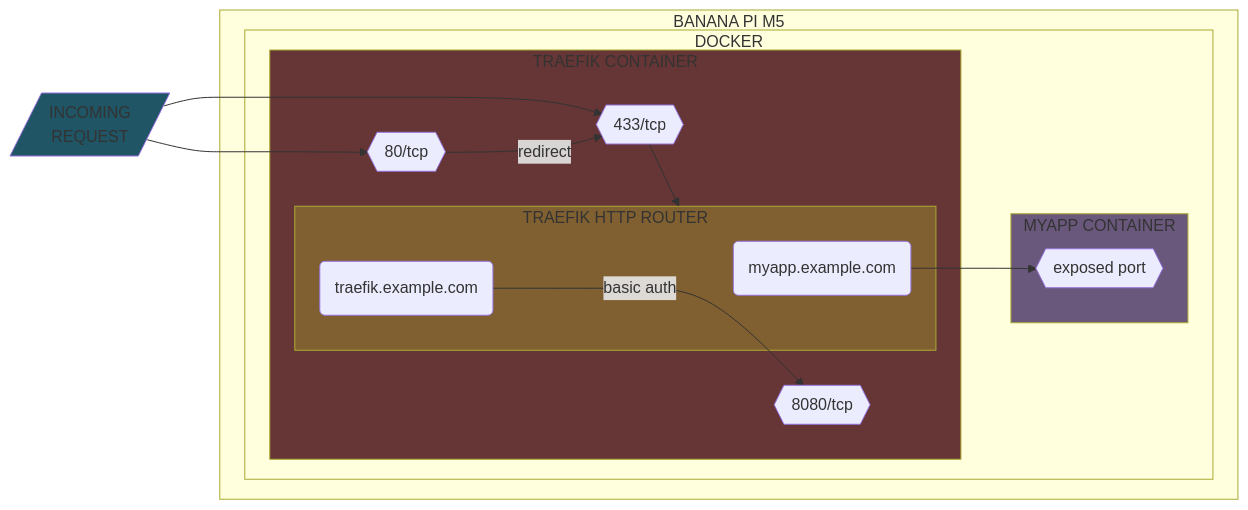
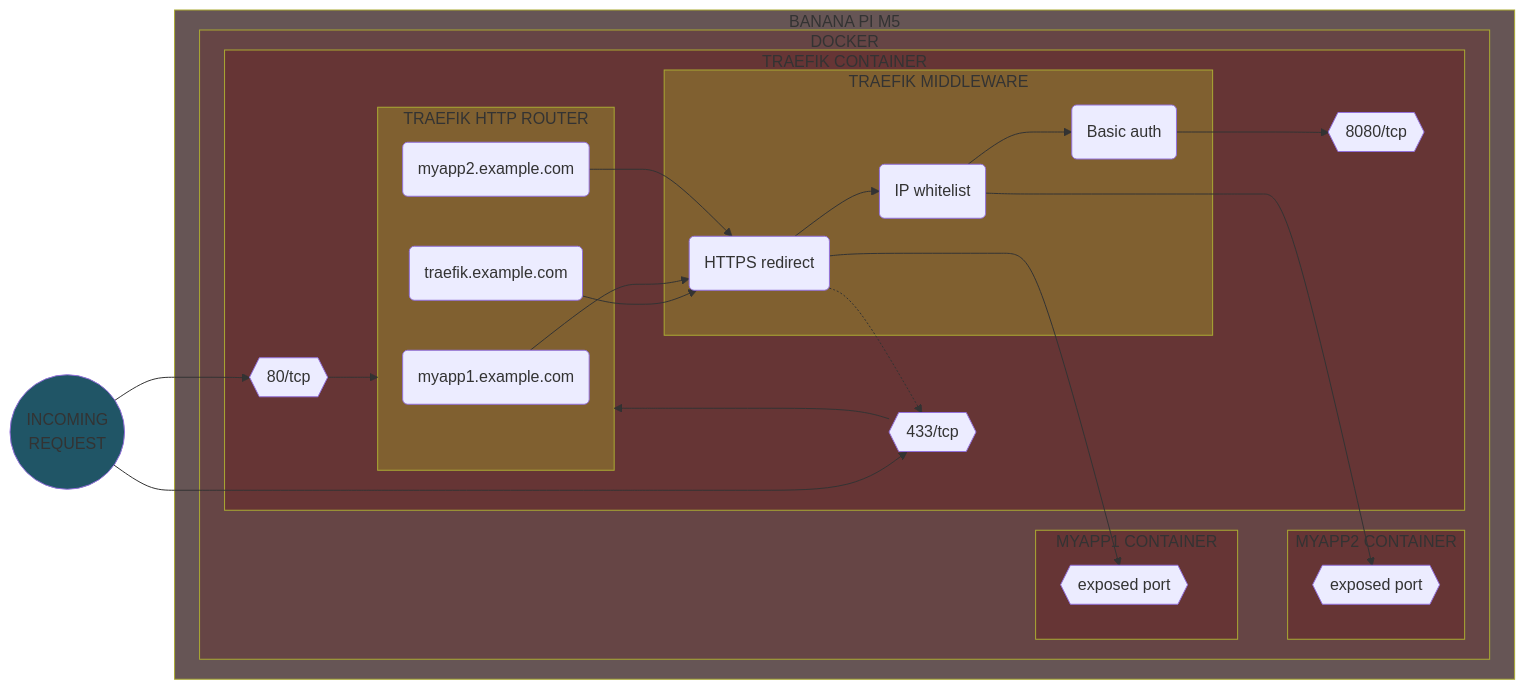
Before and after one commit to Yann39/self-hosted: the fifth of 12 diagrams in README.md, drawn with Mermaid. The commit also changed other lines of this file and 3 other files, not shown here.

Commit message:
define ipwhitelist before basicauth middleware in Traefik config + improved readme and added contributing and acknowledgments

````diff
--- a/README.md
+++ b/README.md
@@ -766,38 +877,68 @@
 ```mermaid
 flowchart LR
     style INCOMING_REQUEST fill: #205566
     style TRAEFIK_CONTAINER fill: #663535
-    style MYAPP_CONTAINER fill: #69587b
+    style MYAPP1_CONTAINER fill: #663535
+    style MYAPP2_CONTAINER fill: #663535
     style TRAEFIK_ROUTER fill: #806030
-    DOCKER_TRAEFIK_PORT443{{433/tcp}}
-    DOCKER_TRAEFIK_PORT80{{80/tcp}}
-    DOCKER_MYAPP_PORT5000{{exposed port}}
-    DOCKER_TRAEFIK_PORT8080{{8080/tcp}}
-    TRAEFIK_ROUTER_MYAPP(myapp.example.com)
-    TRAEFIK_ROUTER_TRAEFIK(traefik.example.com)
-    INCOMING_REQUEST[/INCOMING\nREQUEST/]
-    INCOMING_REQUEST --> DOCKER_TRAEFIK_PORT443
-    INCOMING_REQUEST --> DOCKER_TRAEFIK_PORT80
+    style TRAEFIK_MIDDLEWARE fill: #806030
+    style SINGLE_BOARD_COMPUTER fill: #665555
+    style CONTAINER_ENGINE fill: #664545
+    INCOMING_REQUEST(("&nbsp;&nbsp;INCOMING&nbsp;&nbsp;\nREQUEST"))
+DOCKER_TRAEFIK_PORT443{{433/tcp}}
+DOCKER_TRAEFIK_PORT80{{80/tcp}}
+DOCKER_TRAEFIK_PORT8080{{8080/tcp}}
+DOCKER_MYAPP1_PORT{{exposed port}}
+DOCKER_MYAPP2_PORT{{exposed port}}
+TRAEFIK_ROUTER_MYAPP1(myapp1.example.com)
+TRAEFIK_ROUTER_MYAPP2(myapp2.example.com)
+TRAEFIK_ROUTER_TRAEFIK(traefik.example.com)
 
-    subgraph SINGLE_BOARD_COMPUTER[BANANA PI M5]
-        subgraph CONTAINER_ENGINE[DOCKER]
-            subgraph MYAPP_CONTAINER[MYAPP CONTAINER]
-                DOCKER_MYAPP_PORT5000
-            end
+subgraph SINGLE_BOARD_COMPUTER[BANANA PI M5]
+subgraph CONTAINER_ENGINE[DOCKER]
+subgraph MYAPP1_CONTAINER[MYAPP1 CONTAINER]
+DOCKER_MYAPP1_PORT
+end
+subgraph MYAPP2_CONTAINER[MYAPP2 CONTAINER]
+DOCKER_MYAPP2_PORT
+end
 
-            subgraph TRAEFIK_CONTAINER[TRAEFIK CONTAINER]
-                DOCKER_TRAEFIK_PORT443 --> TRAEFIK_ROUTER
-                DOCKER_TRAEFIK_PORT80 -->|redirect| DOCKER_TRAEFIK_PORT443
+subgraph TRAEFIK_CONTAINER[TRAEFIK CONTAINER]
+subgraph TRAEFIK_ROUTER[TRAEFIK HTTP ROUTER]
+TRAEFIK_ROUTER_TRAEFIK
+TRAEFIK_ROUTER_MYAPP1
+TRAEFIK_ROUTER_MYAPP2
+end
+subgraph TRAEFIK_MIDDLEWARE[TRAEFIK MIDDLEWARE]
+REDIRECT(HTTPS redirect)
+IP_WHITELISTING(IP whitelist)
+BASIC_AUTH(Basic auth)
+end
+DOCKER_TRAEFIK_PORT80
+DOCKER_TRAEFIK_PORT443
+DOCKER_TRAEFIK_PORT8080
+end
 
-                subgraph TRAEFIK_ROUTER[TRAEFIK HTTP ROUTER]
-                    TRAEFIK_ROUTER_MYAPP
-                    TRAEFIK_ROUTER_TRAEFIK
-                end
+end
+end
 
-                TRAEFIK_ROUTER_TRAEFIK --->|basic auth| DOCKER_TRAEFIK_PORT8080
-                TRAEFIK_ROUTER_MYAPP --> DOCKER_MYAPP_PORT5000
-            end
+INCOMING_REQUEST --> DOCKER_TRAEFIK_PORT80
+INCOMING_REQUEST --> DOCKER_TRAEFIK_PORT443
 
-        end
-    end
+DOCKER_TRAEFIK_PORT80 --> TRAEFIK_ROUTER
+DOCKER_TRAEFIK_PORT443 --> TRAEFIK_ROUTER
+
+TRAEFIK_ROUTER_TRAEFIK --> REDIRECT
+TRAEFIK_ROUTER_MYAPP1 --> REDIRECT
+TRAEFIK_ROUTER_MYAPP2 --> REDIRECT
+
+REDIRECT -.-> DOCKER_TRAEFIK_PORT443
+
+IP_WHITELISTING --> BASIC_AUTH
+IP_WHITELISTING ---> DOCKER_MYAPP2_PORT
+
+REDIRECT --> IP_WHITELISTING
+REDIRECT ---> DOCKER_MYAPP1_PORT
+
+BASIC_AUTH --> DOCKER_TRAEFIK_PORT8080
 ```
````
